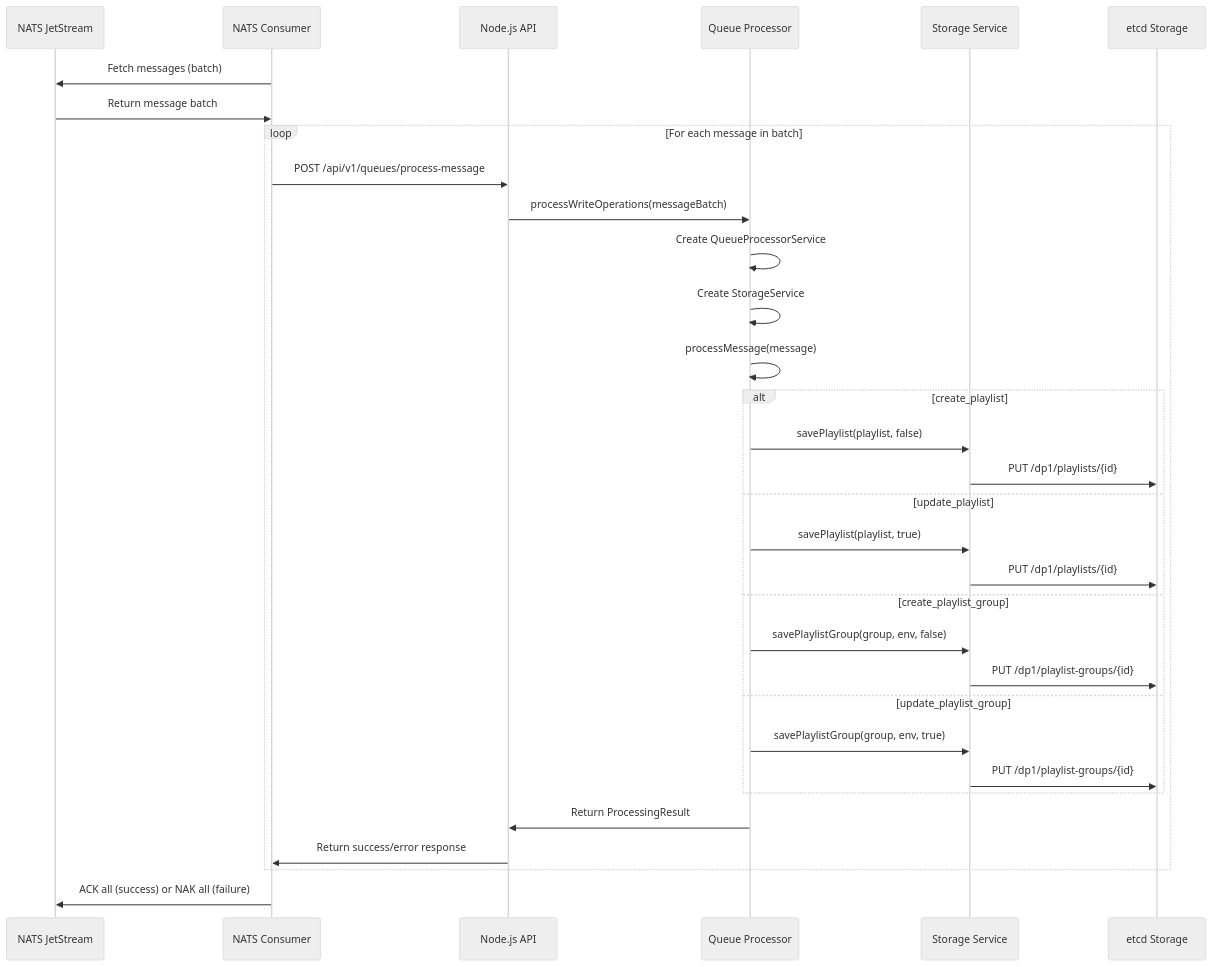
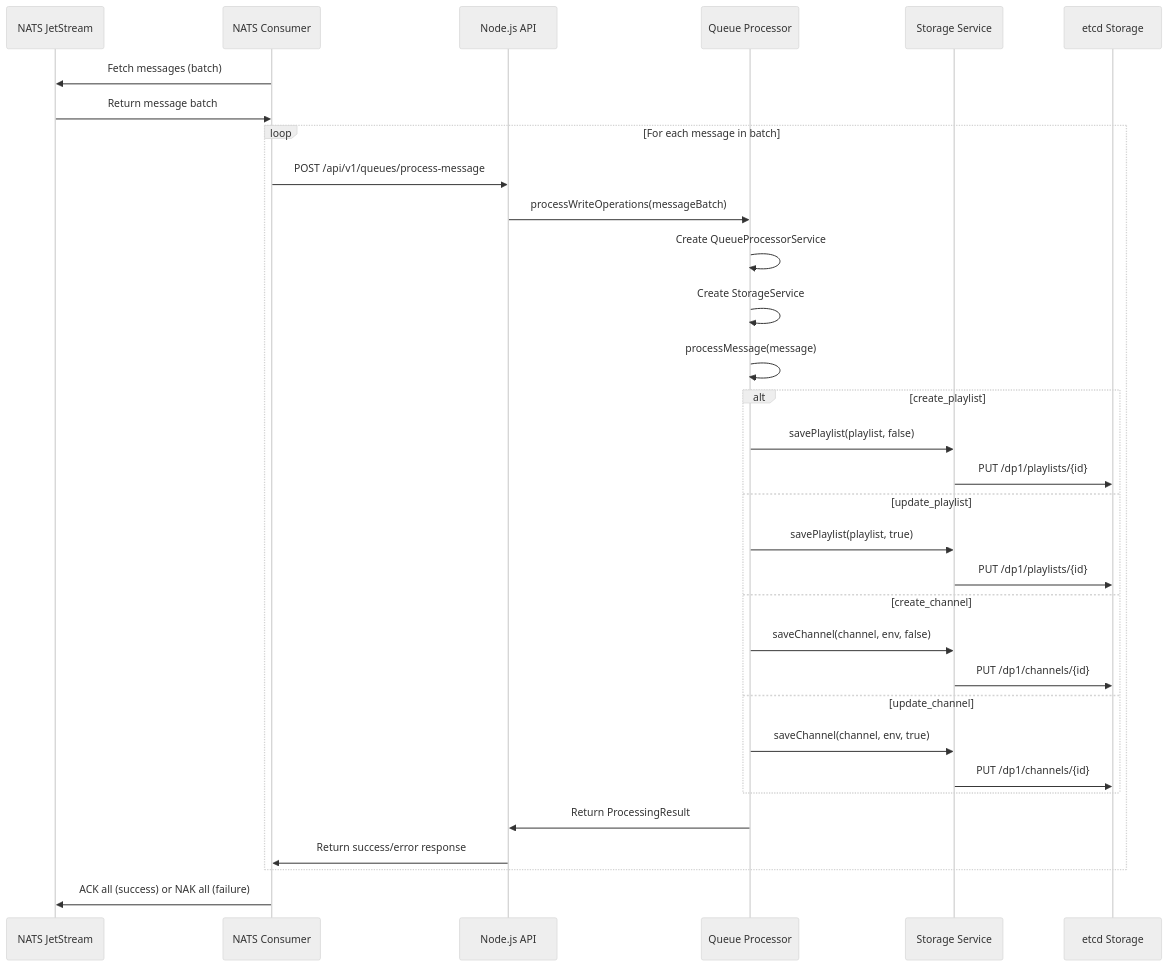
One commit to feral-file/dp1-feed changed the fourth of 6 diagrams in DIAGRAM.md. Above: the diagram before and after it, drawn with Mermaid (neutral theme). The commit also changed other lines of this file and 31 other files, not shown here.

Commit message:
refactor playlist-group to channel

````diff
--- a/DIAGRAM.md
+++ b/DIAGRAM.md
@@ -182,41 +182,41 @@
 ```mermaid
 sequenceDiagram
     participant NATS_JS as NATS JetStream
     participant Consumer as NATS Consumer
     participant Node_API as Node.js API
     participant Processor as Queue Processor
     participant Storage as Storage Service
     participant ETCD as etcd Storage
 
     Consumer->>NATS_JS: Fetch messages (batch)
     NATS_JS->>Consumer: Return message batch
 
     loop For each message in batch
         Consumer->>Node_API: POST /api/v1/queues/process-message
         Node_API->>Processor: processWriteOperations(messageBatch)
 
         Processor->>Processor: Create QueueProcessorService
         Processor->>Processor: Create StorageService
 
         Processor->>Processor: processMessage(message)
 
         alt create_playlist
             Processor->>Storage: savePlaylist(playlist, false)
             Storage->>ETCD: PUT /dp1/playlists/{id}
         else update_playlist
             Processor->>Storage: savePlaylist(playlist, true)
             Storage->>ETCD: PUT /dp1/playlists/{id}
-        else create_playlist_group
-            Processor->>Storage: savePlaylistGroup(group, env, false)
-            Storage->>ETCD: PUT /dp1/playlist-groups/{id}
-        else update_playlist_group
-            Processor->>Storage: savePlaylistGroup(group, env, true)
-            Storage->>ETCD: PUT /dp1/playlist-groups/{id}
+        else create_channel
+            Processor->>Storage: saveChannel(channel, env, false)
+            Storage->>ETCD: PUT /dp1/channels/{id}
+        else update_channel
+            Processor->>Storage: saveChannel(channel, env, true)
+            Storage->>ETCD: PUT /dp1/channels/{id}
         end
 
         Processor->>Node_API: Return ProcessingResult
         Node_API->>Consumer: Return success/error response
     end
 
     Consumer->>NATS_JS: ACK all (success) or NAK all (failure)
 ```
````
